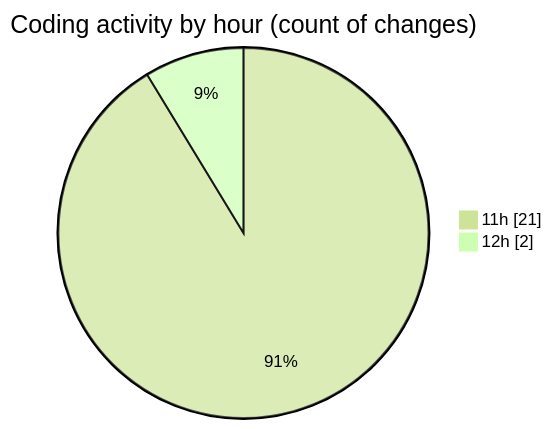
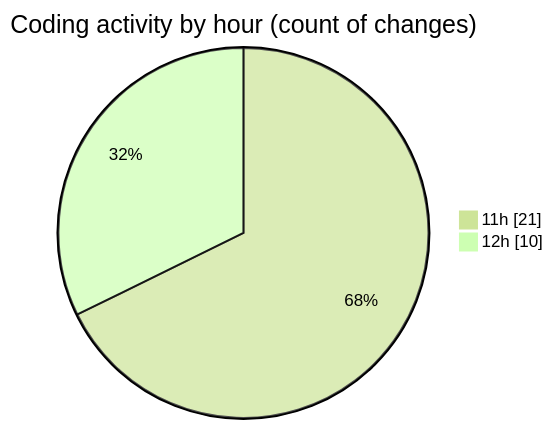
One commit to nxtqubesakshisongat/code-tracking changed the second of 2 diagrams in 2025-07-14/argos/README.md. Above: the diagram before and after it, drawn with Mermaid (forest theme). The commit also changed other lines of this file and 1 other file, not shown here.

````diff
--- a/2025-07-14/argos/README.md
+++ b/2025-07-14/argos/README.md
@@ -33,6 +33,6 @@
 ```mermaid
 pie showData
 title Coding activity by hour (count of changes)
 "11h" : 21
-"12h" : 2
+"12h" : 10
 ```
````
